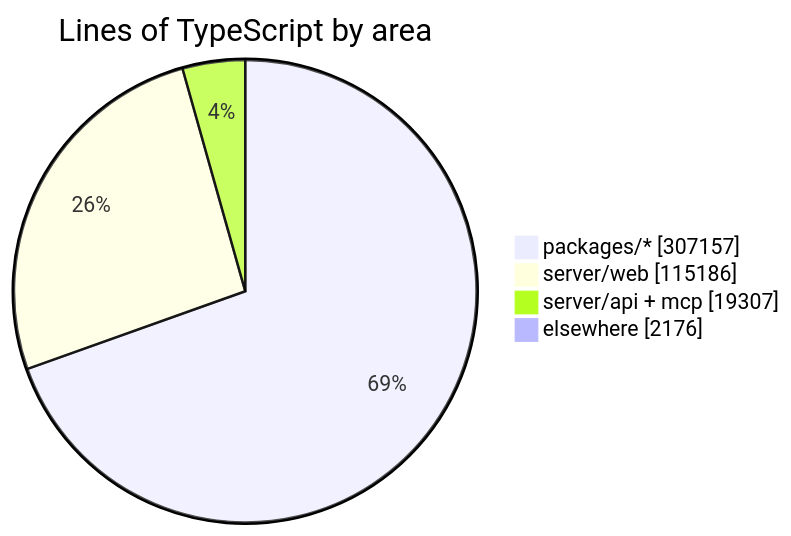
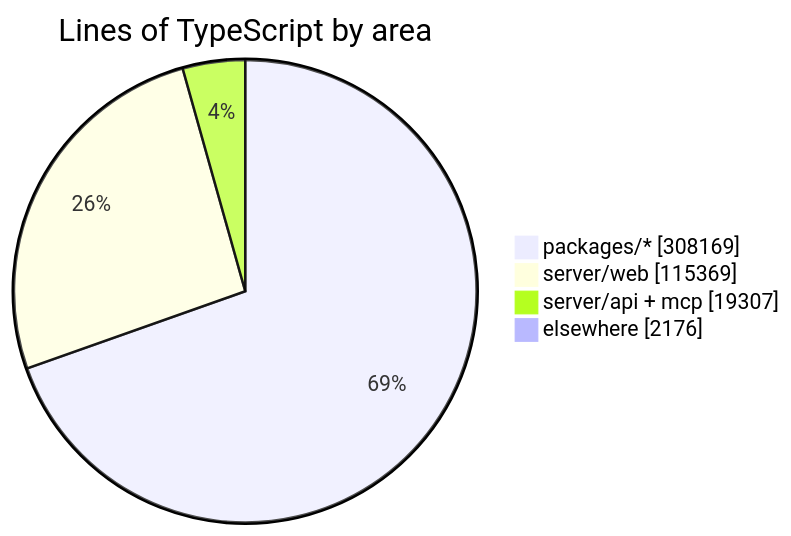
One commit to crossworks-engineering/mantle changed the diagram in README.md. Above: the diagram before and after it, drawn with Mermaid. The commit also changed other lines of this file and 2 other files, not shown here.

````diff
--- a/README.md
+++ b/README.md
@@ -294,7 +294,7 @@
 ```mermaid
 pie showData title Lines of TypeScript by area
-    "packages/*" : 307157
-    "server/web" : 115186
+    "packages/*" : 308169
+    "server/web" : 115369
     "server/api + mcp" : 19307
     "elsewhere" : 2176
 ```
````
